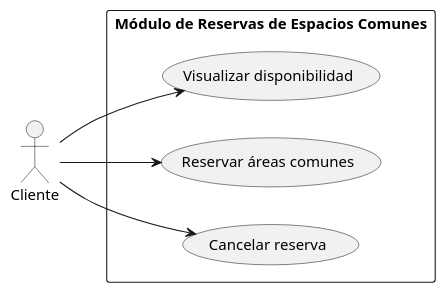
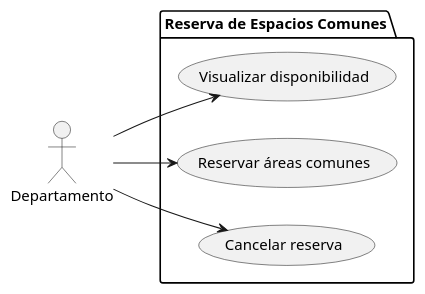
The diagram in Diagramas/CasosDeUso_GrupoD_Reserva_Espacios_Comunes/CasosDeUso.puml (richardriverag/ProyectoDiseno24B), drawn with PlantUML before and after one commit. The commit also changed 6 other files, not shown here.

Commit message:
RModifyReservas-EspComunes)Ã:Change actor's name

```diff
--- a/Diagramas/CasosDeUso_GrupoD_Reserva_Espacios_Comunes/CasosDeUso.puml
+++ b/Diagramas/CasosDeUso_GrupoD_Reserva_Espacios_Comunes/CasosDeUso.puml
@@ -1,15 +1,15 @@
 @startuml
 left to right direction
-actor Cliente
+actor Departamento
 
-rectangle "Módulo de Reservas de Espacios Comunes" {
-    usecase "Visualizar disponibilidad" as UC1
-    usecase "Reservar áreas comunes" as UC2
-    usecase "Cancelar reserva" as UC3
+package "Reserva de Espacios Comunes" {
+    usecase "Visualizar disponibilidad" as VisualizarDisp
+    usecase "Reservar áreas comunes" as ReservarArea
+    usecase "Cancelar reserva" as CancelReserva
 
 }
 
-Cliente --> UC1
-Cliente --> UC2
-Cliente --> UC3
+Departamento --> VisualizarDisp
+Departamento --> ReservarArea
+Departamento --> CancelReserva
 @enduml
```
